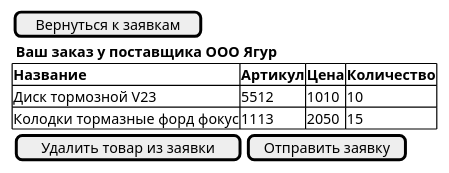
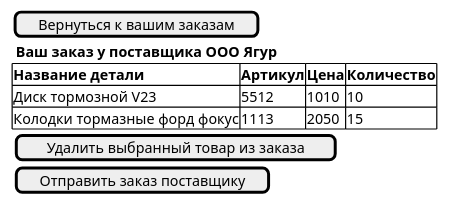
Before and after one commit to BombasticFantastik/PIS_Course_work: the diagram in uml-диаграммы/Администратор/выбранная_заявка.puml, drawn with PlantUML. The commit also changed 36 other files, not shown here.

```diff
--- a/uml-диаграммы/Администратор/выбранная_заявка.puml
+++ b/uml-диаграммы/Администратор/выбранная_заявка.puml
@@ -1,16 +1,17 @@
 @startsalt Отправление заявки
 {
-    [Вернуться к заявкам]
+    [Вернуться к вашим заказам]
     <b> Ваш заказ у поставщика ООО Ягур
-    {#<b>Название|<b>Артикул| <b>Цена| <b>Количество
+    {#<b>Название детали|<b>Артикул| <b>Цена| <b>Количество
     Диск тормозной V23|5512|1010|10
     Колодки тормазные форд фокус|1113|2050|15
 
     
     }
     {
-        [Удалить товар из заявки]|[Отправить заявку]
+        [Удалить выбранный товар из заказа]
+        [Отправить заказ поставщику]
     }
     
 }
 @endsalt
```
